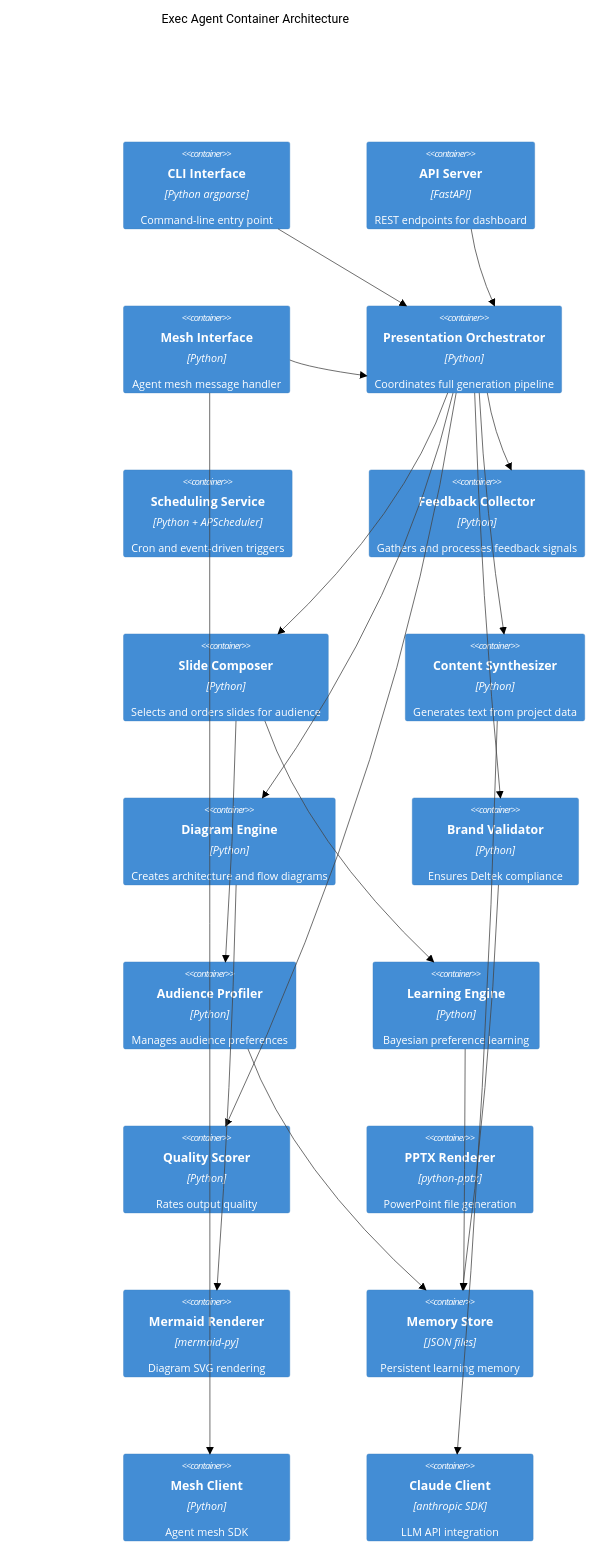
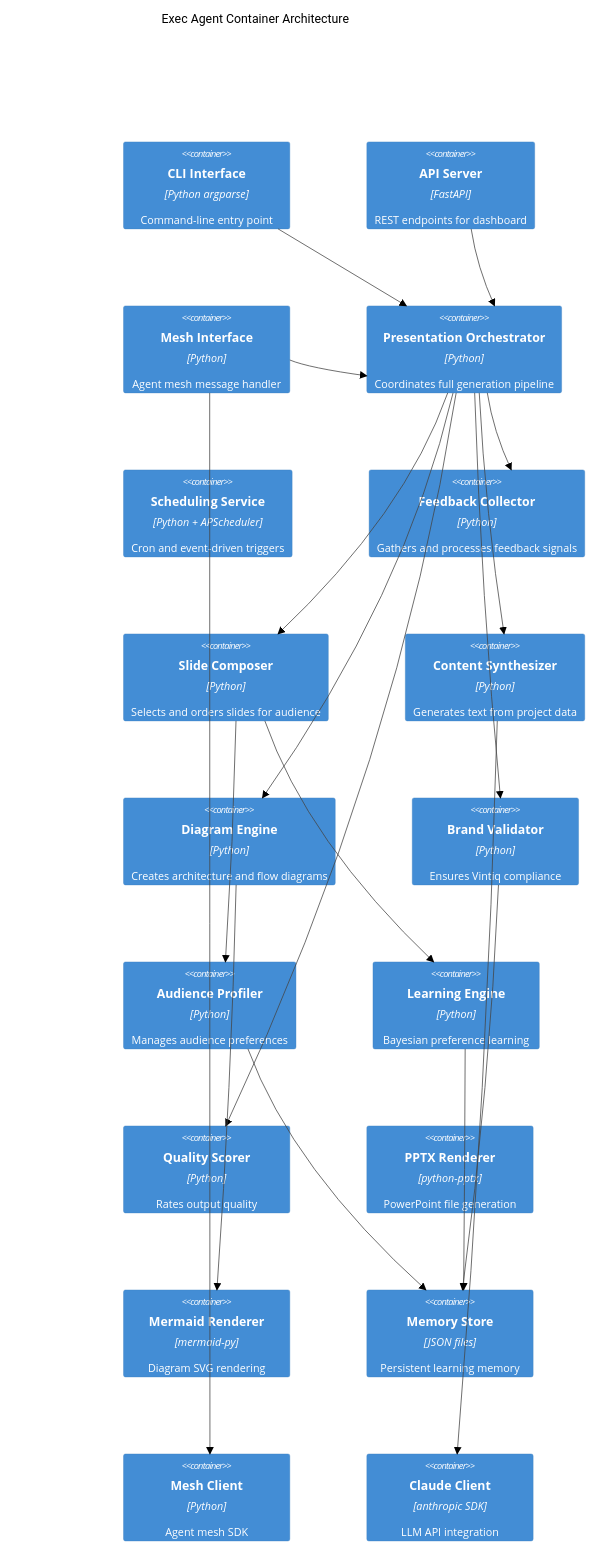
One commit to gauravjetly/ai-sdlc changed the second of 7 diagrams in docs/sdlc/architecture/ARCH-20260217-EXEC-AGENT.md. Above: the diagram before and after it, drawn with Mermaid (neutral theme). The commit also changed other lines of this file and 228 other files, not shown here.

First line of the commit message:
rebrand: Replace all Deltek references with Vintiq Consultancy branding

````diff
--- a/docs/sdlc/architecture/ARCH-20260217-EXEC-AGENT.md
+++ b/docs/sdlc/architecture/ARCH-20260217-EXEC-AGENT.md
@@ -127,47 +127,47 @@
 ```mermaid
 C4Container
     title Exec Agent Container Architecture
 
     Container(cli, "CLI Interface", "Python argparse", "Command-line entry point")
     Container(api, "API Server", "FastAPI", "REST endpoints for dashboard")
     Container(mesh_iface, "Mesh Interface", "Python", "Agent mesh message handler")
 
     Container(orchestrator, "Presentation Orchestrator", "Python", "Coordinates full generation pipeline")
     Container(scheduler, "Scheduling Service", "Python + APScheduler", "Cron and event-driven triggers")
     Container(feedback, "Feedback Collector", "Python", "Gathers and processes feedback signals")
 
     Container(composer, "Slide Composer", "Python", "Selects and orders slides for audience")
     Container(synthesizer, "Content Synthesizer", "Python", "Generates text from project data")
     Container(diagrams, "Diagram Engine", "Python", "Creates architecture and flow diagrams")
-    Container(brand, "Brand Validator", "Python", "Ensures Deltek compliance")
+    Container(brand, "Brand Validator", "Python", "Ensures Vintiq compliance")
     Container(audience, "Audience Profiler", "Python", "Manages audience preferences")
     Container(learning, "Learning Engine", "Python", "Bayesian preference learning")
     Container(quality, "Quality Scorer", "Python", "Rates output quality")
 
     Container(pptx, "PPTX Renderer", "python-pptx", "PowerPoint file generation")
     Container(mermaid, "Mermaid Renderer", "mermaid-py", "Diagram SVG rendering")
     Container(memory, "Memory Store", "JSON files", "Persistent learning memory")
     Container(mesh_client, "Mesh Client", "Python", "Agent mesh SDK")
     Container(claude, "Claude Client", "anthropic SDK", "LLM API integration")
 
     Rel(cli, orchestrator, "")
     Rel(api, orchestrator, "")
     Rel(mesh_iface, orchestrator, "")
 
     Rel(orchestrator, composer, "")
     Rel(orchestrator, synthesizer, "")
     Rel(orchestrator, diagrams, "")
     Rel(orchestrator, brand, "")
     Rel(orchestrator, quality, "")
     Rel(orchestrator, feedback, "")
 
     Rel(composer, audience, "")
     Rel(composer, learning, "")
 
     Rel(synthesizer, claude, "")
     Rel(diagrams, mermaid, "")
     Rel(brand, memory, "")
     Rel(audience, memory, "")
     Rel(learning, memory, "")
     Rel(mesh_iface, mesh_client, "")
 ```
````
